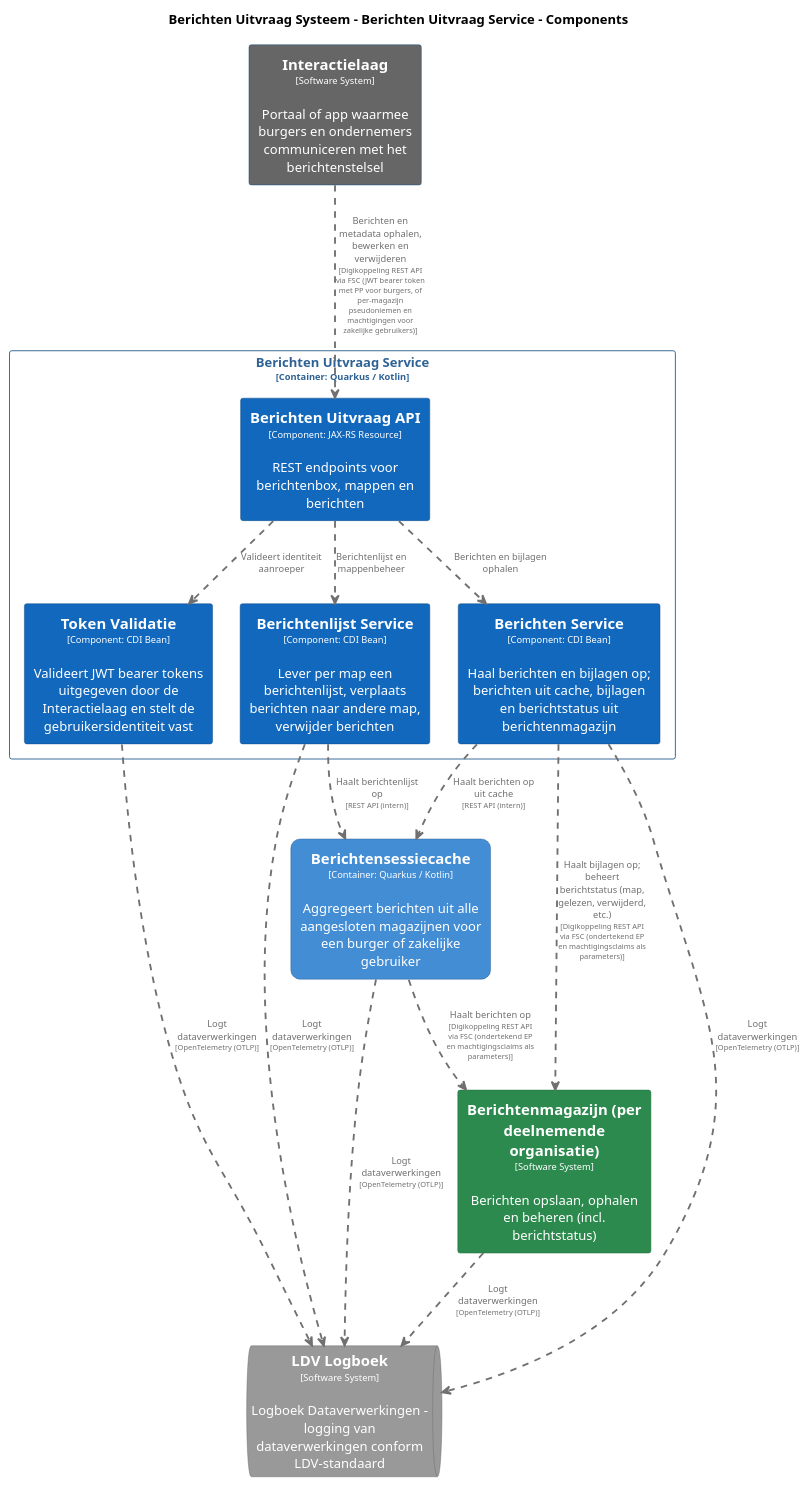
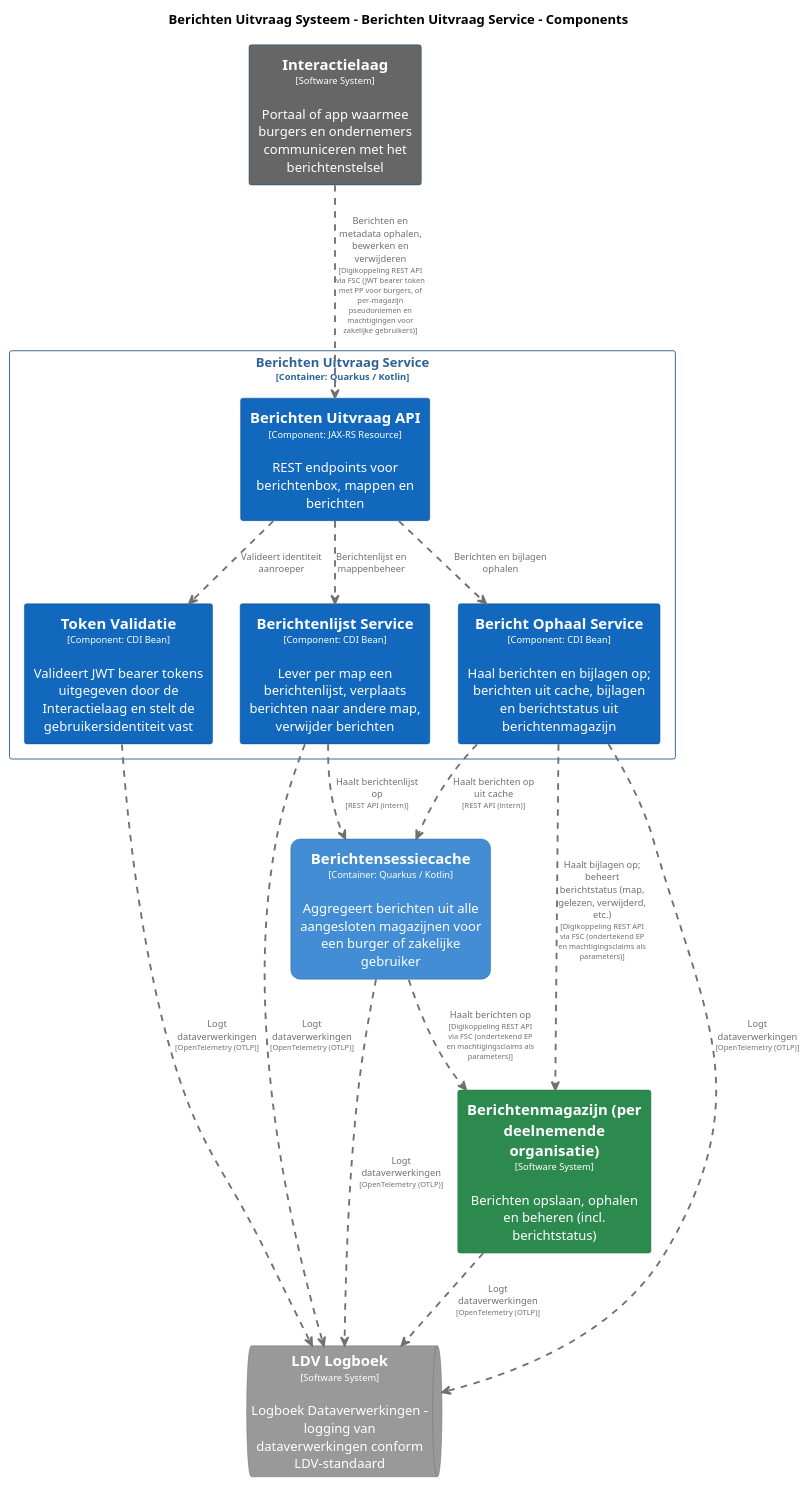
The diagram in pr-preview/pr-22/master/puml/BerichtenUitvraagServiceComponenten.puml (MinBZK/moza-poc-fbs-berichtenbox), drawn with PlantUML before and after one commit. The commit also changed 12 other files, not shown here.

```diff
--- a/pr-preview/pr-22/master/puml/BerichtenUitvraagServiceComponenten.puml
+++ b/pr-preview/pr-22/master/puml/BerichtenUitvraagServiceComponenten.puml
@@ -1,98 +1,98 @@
 @startuml
 set separator none
 title Berichten Uitvraag Systeem - Berichten Uitvraag Service - Components
 
 top to bottom direction
 skinparam ranksep 60
 skinparam nodesep 30
 
 skinparam {
   arrowFontSize 10
   defaultTextAlignment center
   wrapWidth 200
   maxMessageSize 100
 }
 
 hide stereotype
 
-skinparam rectangle<<BerichtenUitvraagSysteem.BerichtenUitvraagService.BerichtenService>> {
+skinparam rectangle<<BerichtenUitvraagSysteem.BerichtenUitvraagService.BerichtOphaalService>> {
   BackgroundColor #1168bd
   FontColor #ffffff
   BorderColor #0b4884
   shadowing false
 }
 skinparam rectangle<<BerichtenUitvraagSysteem.BerichtenUitvraagService.BerichtenUitvraagAPI>> {
   BackgroundColor #1168bd
   FontColor #ffffff
   BorderColor #0b4884
   shadowing false
 }
 skinparam rectangle<<BerichtenUitvraagSysteem.BerichtenUitvraagService.BerichtenlijstService>> {
   BackgroundColor #1168bd
   FontColor #ffffff
   BorderColor #0b4884
   shadowing false
 }
 skinparam rectangle<<Berichtenmagazijnperdeelnemendeorganisatie>> {
   BackgroundColor #2d8a4e
   FontColor #ffffff
   BorderColor #1e6b38
   shadowing false
 }
 skinparam rectangle<<BerichtenUitvraagSysteem.Berichtensessiecache>> {
   BackgroundColor #438dd5
   FontColor #ffffff
   BorderColor #2e6295
   roundCorner 20
   shadowing false
 }
 skinparam rectangle<<Interactielaag>> {
   BackgroundColor #666666
   FontColor #ffffff
   BorderColor #0b4884
   shadowing false
 }
 skinparam queue<<LDVLogboek>> {
   BackgroundColor #999999
   FontColor #ffffff
   BorderColor #6b6b6b
   shadowing false
 }
 skinparam rectangle<<BerichtenUitvraagSysteem.BerichtenUitvraagService.TokenValidatie>> {
   BackgroundColor #1168bd
   FontColor #ffffff
   BorderColor #0b4884
   shadowing false
 }
 skinparam rectangle<<BerichtenUitvraagSysteem.BerichtenUitvraagService>> {
   BorderColor #2e6295
   FontColor #2e6295
   shadowing false
 }
 
 rectangle "==Interactielaag\n<size:10>[Software System]</size>\n\nPortaal of app waarmee burgers en ondernemers communiceren met het berichtenstelsel" <<Interactielaag>> as Interactielaag
 rectangle "==Berichtenmagazijn (per deelnemende organisatie)\n<size:10>[Software System]</size>\n\nBerichten opslaan, ophalen en beheren (incl. berichtstatus)" <<Berichtenmagazijnperdeelnemendeorganisatie>> as Berichtenmagazijnperdeelnemendeorganisatie
 rectangle "==Berichtensessiecache\n<size:10>[Container: Quarkus / Kotlin]</size>\n\nAggregeert berichten uit alle aangesloten magazijnen voor een burger of zakelijke gebruiker" <<BerichtenUitvraagSysteem.Berichtensessiecache>> as BerichtenUitvraagSysteem.Berichtensessiecache
 queue "==LDV Logboek\n<size:10>[Software System]</size>\n\nLogboek Dataverwerkingen - logging van dataverwerkingen conform LDV-standaard" <<LDVLogboek>> as LDVLogboek
 
 rectangle "Berichten Uitvraag Service\n<size:10>[Container: Quarkus / Kotlin]</size>" <<BerichtenUitvraagSysteem.BerichtenUitvraagService>> {
   rectangle "==Berichten Uitvraag API\n<size:10>[Component: JAX-RS Resource]</size>\n\nREST endpoints voor berichtenbox, mappen en berichten" <<BerichtenUitvraagSysteem.BerichtenUitvraagService.BerichtenUitvraagAPI>> as BerichtenUitvraagSysteem.BerichtenUitvraagService.BerichtenUitvraagAPI
   rectangle "==Token Validatie\n<size:10>[Component: CDI Bean]</size>\n\nValideert JWT bearer tokens uitgegeven door de Interactielaag en stelt de gebruikersidentiteit vast" <<BerichtenUitvraagSysteem.BerichtenUitvraagService.TokenValidatie>> as BerichtenUitvraagSysteem.BerichtenUitvraagService.TokenValidatie
   rectangle "==Berichtenlijst Service\n<size:10>[Component: CDI Bean]</size>\n\nLever per map een berichtenlijst, verplaats berichten naar andere map, verwijder berichten" <<BerichtenUitvraagSysteem.BerichtenUitvraagService.BerichtenlijstService>> as BerichtenUitvraagSysteem.BerichtenUitvraagService.BerichtenlijstService
-  rectangle "==Berichten Service\n<size:10>[Component: CDI Bean]</size>\n\nHaal berichten en bijlagen op; berichten uit cache, bijlagen en berichtstatus uit berichtenmagazijn" <<BerichtenUitvraagSysteem.BerichtenUitvraagService.BerichtenService>> as BerichtenUitvraagSysteem.BerichtenUitvraagService.BerichtenService
+  rectangle "==Bericht Ophaal Service\n<size:10>[Component: CDI Bean]</size>\n\nHaal berichten en bijlagen op; berichten uit cache, bijlagen en berichtstatus uit berichtenmagazijn" <<BerichtenUitvraagSysteem.BerichtenUitvraagService.BerichtOphaalService>> as BerichtenUitvraagSysteem.BerichtenUitvraagService.BerichtOphaalService
 }
 
 BerichtenUitvraagSysteem.Berichtensessiecache .[#707070,thickness=2].> Berichtenmagazijnperdeelnemendeorganisatie : "<color:#707070>Haalt berichten op\n<color:#707070><size:8>[Digikoppeling REST API via FSC (ondertekend EP en machtigingsclaims als parameters)]</size>"
 Berichtenmagazijnperdeelnemendeorganisatie .[#707070,thickness=2].> LDVLogboek : "<color:#707070>Logt dataverwerkingen\n<color:#707070><size:8>[OpenTelemetry (OTLP)]</size>"
 BerichtenUitvraagSysteem.Berichtensessiecache .[#707070,thickness=2].> LDVLogboek : "<color:#707070>Logt dataverwerkingen\n<color:#707070><size:8>[OpenTelemetry (OTLP)]</size>"
 BerichtenUitvraagSysteem.BerichtenUitvraagService.TokenValidatie .[#707070,thickness=2].> LDVLogboek : "<color:#707070>Logt dataverwerkingen\n<color:#707070><size:8>[OpenTelemetry (OTLP)]</size>"
 BerichtenUitvraagSysteem.BerichtenUitvraagService.BerichtenlijstService .[#707070,thickness=2].> LDVLogboek : "<color:#707070>Logt dataverwerkingen\n<color:#707070><size:8>[OpenTelemetry (OTLP)]</size>"
-BerichtenUitvraagSysteem.BerichtenUitvraagService.BerichtenService .[#707070,thickness=2].> LDVLogboek : "<color:#707070>Logt dataverwerkingen\n<color:#707070><size:8>[OpenTelemetry (OTLP)]</size>"
+BerichtenUitvraagSysteem.BerichtenUitvraagService.BerichtOphaalService .[#707070,thickness=2].> LDVLogboek : "<color:#707070>Logt dataverwerkingen\n<color:#707070><size:8>[OpenTelemetry (OTLP)]</size>"
 BerichtenUitvraagSysteem.BerichtenUitvraagService.BerichtenUitvraagAPI .[#707070,thickness=2].> BerichtenUitvraagSysteem.BerichtenUitvraagService.TokenValidatie : "<color:#707070>Valideert identiteit aanroeper"
 BerichtenUitvraagSysteem.BerichtenUitvraagService.BerichtenUitvraagAPI .[#707070,thickness=2].> BerichtenUitvraagSysteem.BerichtenUitvraagService.BerichtenlijstService : "<color:#707070>Berichtenlijst en mappenbeheer"
-BerichtenUitvraagSysteem.BerichtenUitvraagService.BerichtenUitvraagAPI .[#707070,thickness=2].> BerichtenUitvraagSysteem.BerichtenUitvraagService.BerichtenService : "<color:#707070>Berichten en bijlagen ophalen"
-BerichtenUitvraagSysteem.BerichtenUitvraagService.BerichtenService .[#707070,thickness=2].> BerichtenUitvraagSysteem.Berichtensessiecache : "<color:#707070>Haalt berichten op uit cache\n<color:#707070><size:8>[REST API (intern)]</size>"
+BerichtenUitvraagSysteem.BerichtenUitvraagService.BerichtenUitvraagAPI .[#707070,thickness=2].> BerichtenUitvraagSysteem.BerichtenUitvraagService.BerichtOphaalService : "<color:#707070>Berichten en bijlagen ophalen"
+BerichtenUitvraagSysteem.BerichtenUitvraagService.BerichtOphaalService .[#707070,thickness=2].> BerichtenUitvraagSysteem.Berichtensessiecache : "<color:#707070>Haalt berichten op uit cache\n<color:#707070><size:8>[REST API (intern)]</size>"
 BerichtenUitvraagSysteem.BerichtenUitvraagService.BerichtenlijstService .[#707070,thickness=2].> BerichtenUitvraagSysteem.Berichtensessiecache : "<color:#707070>Haalt berichtenlijst op\n<color:#707070><size:8>[REST API (intern)]</size>"
 Interactielaag .[#707070,thickness=2].> BerichtenUitvraagSysteem.BerichtenUitvraagService.BerichtenUitvraagAPI : "<color:#707070>Berichten en metadata ophalen, bewerken en verwijderen\n<color:#707070><size:8>[Digikoppeling REST API via FSC (JWT bearer token met PP voor burgers, of per-magazijn pseudoniemen en machtigingen voor zakelijke gebruikers)]</size>"
-BerichtenUitvraagSysteem.BerichtenUitvraagService.BerichtenService .[#707070,thickness=2].> Berichtenmagazijnperdeelnemendeorganisatie : "<color:#707070>Haalt bijlagen op; beheert berichtstatus (map, gelezen, verwijderd, etc.)\n<color:#707070><size:8>[Digikoppeling REST API via FSC (ondertekend EP en machtigingsclaims als parameters)]</size>"
+BerichtenUitvraagSysteem.BerichtenUitvraagService.BerichtOphaalService .[#707070,thickness=2].> Berichtenmagazijnperdeelnemendeorganisatie : "<color:#707070>Haalt bijlagen op; beheert berichtstatus (map, gelezen, verwijderd, etc.)\n<color:#707070><size:8>[Digikoppeling REST API via FSC (ondertekend EP en machtigingsclaims als parameters)]</size>"
 @enduml
```
